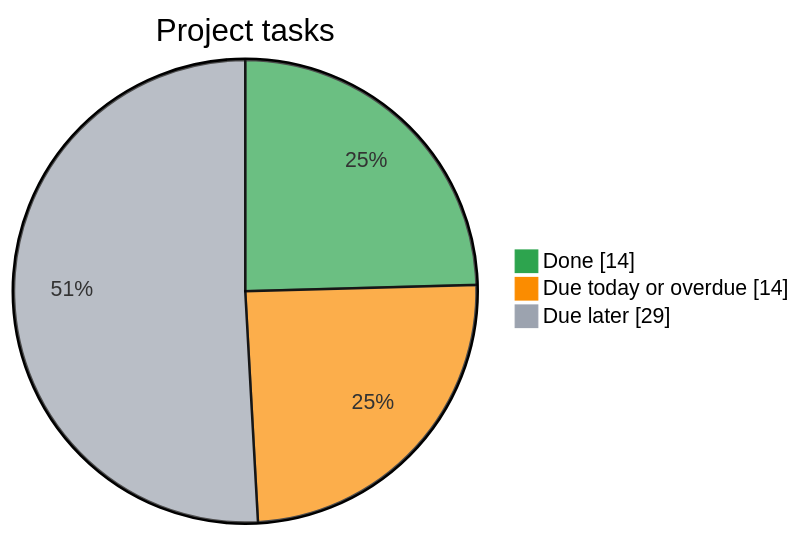
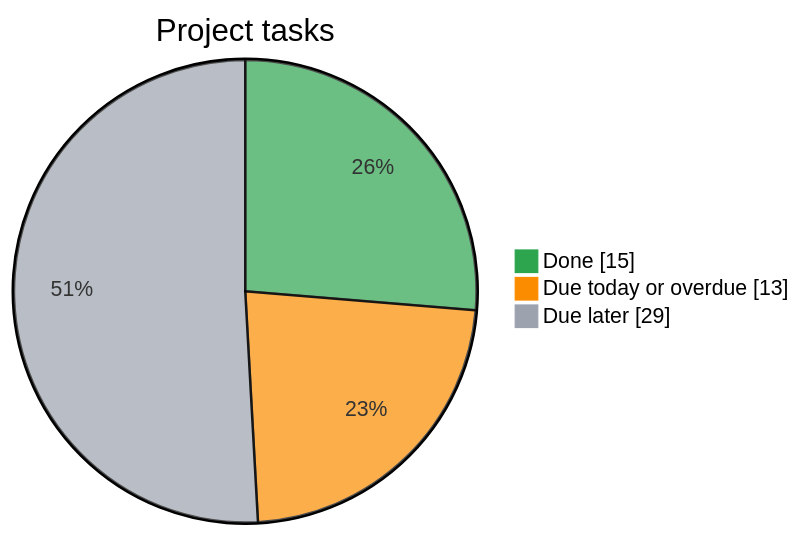
One commit to Kr1sKros/IKT466-Corporate-Bankruptcy-Predictor changed the diagram in README.md. Above: the diagram before and after it, drawn with Mermaid. The commit also changed other lines of this file, not shown here.

Commit message:
docs: refresh task dashboard

````diff
--- a/README.md
+++ b/README.md
@@ -8,8 +8,8 @@
 ```mermaid
 %%{init: {"themeVariables": {"pie1": "#2da44e", "pie2": "#fb8c00", "pie3": "#9ca3af"}}}%%
 pie showData
     title Project tasks
-    "Done" : 14
-    "Due today or overdue" : 14
+    "Done" : 15
+    "Due today or overdue" : 13
     "Due later" : 29
 ```
````
